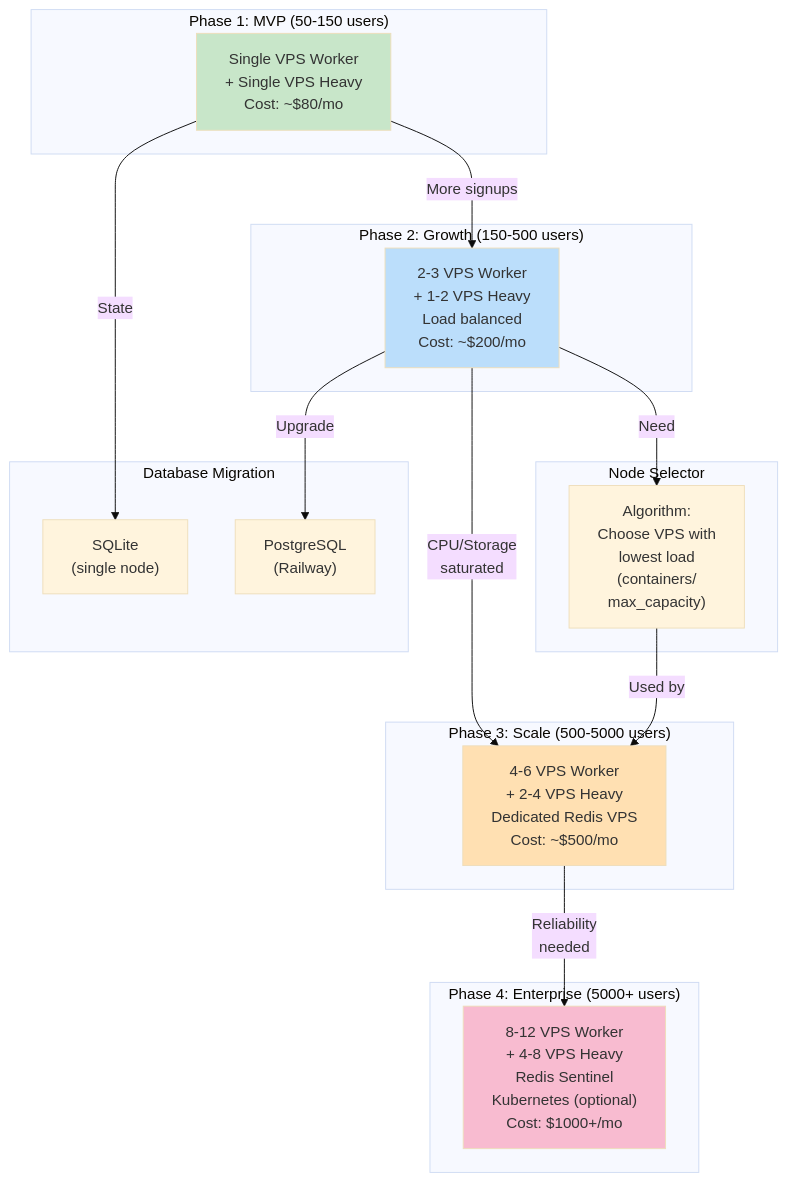
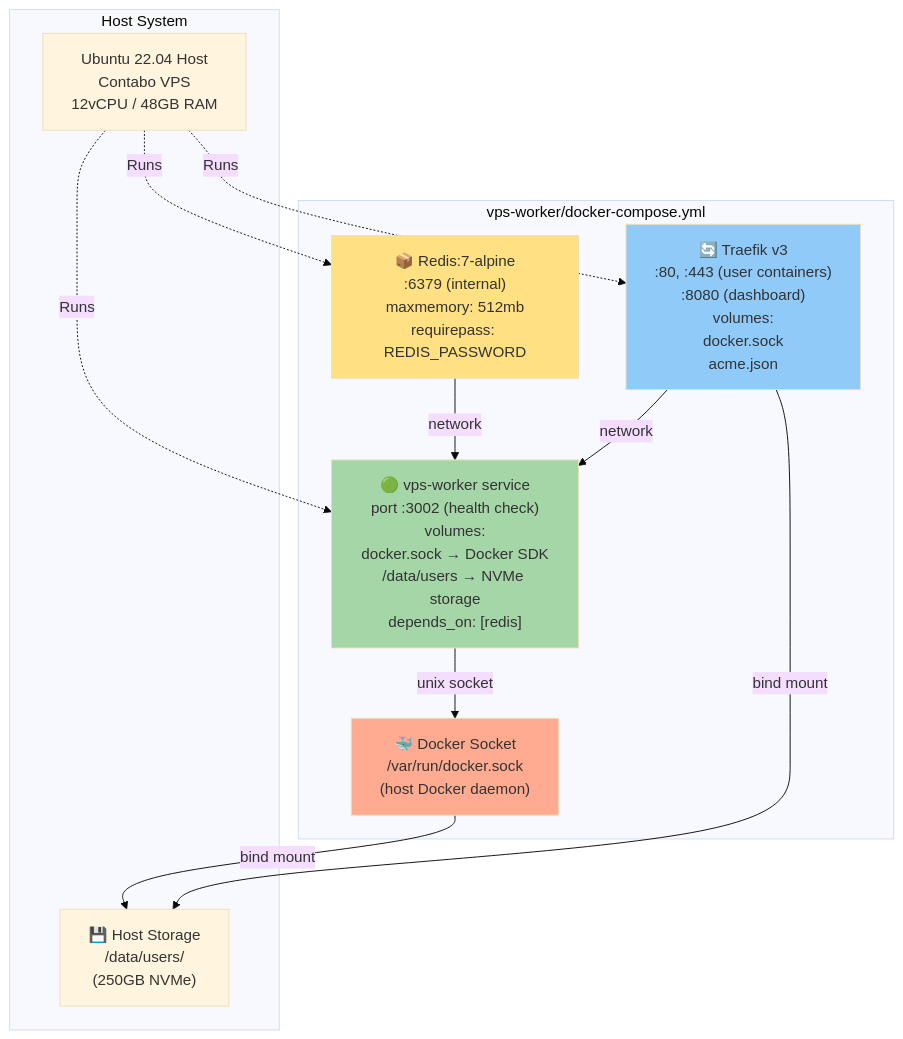
The sixth of 14 diagrams in ARCHITECTURE_DIAGRAMS.md (mankhb2k/claw-dashboard), drawn with Mermaid (base theme) before and after one commit. The commit also changed other lines of this file and 30 other files, not shown here.

Commit message:
add vps-worker and vps-heavy

````diff
--- a/ARCHITECTURE_DIAGRAMS.md
+++ b/ARCHITECTURE_DIAGRAMS.md
@@ -293,42 +254,32 @@
 ```mermaid
 graph TB
-    subgraph "Phase 1: MVP (50-150 users)"
-        Phase1["Single VPS Worker<br/>+ Single VPS Heavy<br/>Cost: ~$80/mo"]
+    subgraph "vps-worker/docker-compose.yml"
+        Redis["📦 Redis:7-alpine<br/>:6379 (internal)<br/>maxmemory: 512mb<br/>requirepass: REDIS_PASSWORD"]
+        
+        Traefik["🔄 Traefik v3<br/>:80, :443 (user containers)<br/>:8080 (dashboard)<br/>volumes:<br/>docker.sock<br/>acme.json"]
+        
+        Worker["🟢 vps-worker service<br/>port :3002 (health check)<br/>volumes:<br/>docker.sock → Docker SDK<br/>/data/users → NVMe storage<br/>depends_on: [redis]"]
+        
+        Docker["🐳 Docker Socket<br/>/var/run/docker.sock<br/>(host Docker daemon)"]
     end
     
-    subgraph "Phase 2: Growth (150-500 users)"
-        Phase2["2-3 VPS Worker<br/>+ 1-2 VPS Heavy<br/>Load balanced<br/>Cost: ~$200/mo"]
+    subgraph "Host System"
+        Store["💾 Host Storage<br/>/data/users/<br/>(250GB NVMe)"]
+        Host["Ubuntu 22.04 Host<br/>Contabo VPS<br/>12vCPU / 48GB RAM"]
     end
     
-    subgraph "Phase 3: Scale (500-5000 users)"
-        Phase3["4-6 VPS Worker<br/>+ 2-4 VPS Heavy<br/>Dedicated Redis VPS<br/>Cost: ~$500/mo"]
-    end
+    Redis -->|network| Worker
+    Traefik -->|network| Worker
+    Worker -->|unix socket| Docker
+    Docker -->|bind mount| Store
+    Traefik -->|bind mount| Store
     
-    subgraph "Phase 4: Enterprise (5000+ users)"
-        Phase4["8-12 VPS Worker<br/>+ 4-8 VPS Heavy<br/>Redis Sentinel<br/>Kubernetes (optional)<br/>Cost: $1000+/mo"]
-    end
+    Host -.->|Runs| Redis
+    Host -.->|Runs| Traefik
+    Host -.->|Runs| Worker
     
-    Phase1 -->|More signups| Phase2
-    Phase2 -->|CPU/Storage<br/>saturated| Phase3
-    Phase3 -->|Reliability<br/>needed| Phase4
-    
-    subgraph "Node Selector"
-        Algo["Algorithm:<br/>Choose VPS with<br/>lowest load<br/>(containers/<br/>max_capacity)"]
-    end
-    
-    Phase2 -->|Need| Algo
-    Algo -->|Used by| Phase3
-    
-    subgraph "Database Migration"
-        DB1["SQLite<br/>(single node)"]
-        DB2["PostgreSQL<br/>(Railway)"]
-    end
-    
-    Phase1 -->|State| DB1
-    Phase2 -->|Upgrade| DB2
-    
-    style Phase1 fill:#c8e6c9
-    style Phase2 fill:#bbdefb
-    style Phase3 fill:#ffe0b2
-    style Phase4 fill:#f8bbd0
+    style Redis fill:#ffe082
+    style Traefik fill:#90caf9
+    style Worker fill:#a5d6a7
+    style Docker fill:#ffab91
 ```
````
